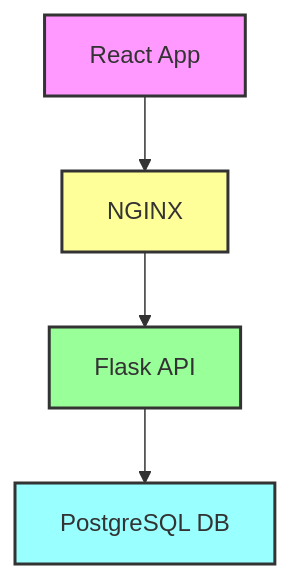
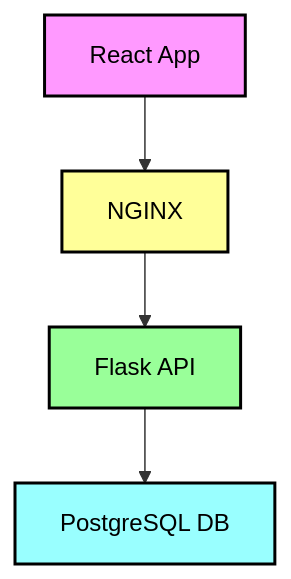
The diagram in README.md (Gv3N/K8sPortfolio), drawn with Mermaid before and after one commit.

Commit message:
Update README.md Architecture Diagram

````diff
--- a/README.md
+++ b/README.md
@@ -121,3 +121,10 @@
 ```mermaid 
-graph TD; A[React App] --> B[NGINX]; B --> C[Flask API]; C --> D[PostgreSQL DB]; style A fill:#f9f,stroke:#333,stroke-width:2px; style B fill:#ff9,stroke:#333,stroke-width:2px; style C fill:#9f9,stroke:#333,stroke-width:2px; style D fill:#9ff,stroke:#333,stroke-width:2px; 
+graph TD;
+A[React App] --> B[NGINX];
+B --> C[Flask API];
+C --> D[PostgreSQL DB];
+style A fill:#f9f,stroke:#000,stroke-width:2px,color:#000;
+style B fill:#ff9,stroke:#000,stroke-width:2px,color:#000; 
+style C fill:#9f9,stroke:#000,stroke-width:2px,color:#000; 
+style D fill:#9ff,stroke:#000,stroke-width:2px,color:#000;
 ```
````
